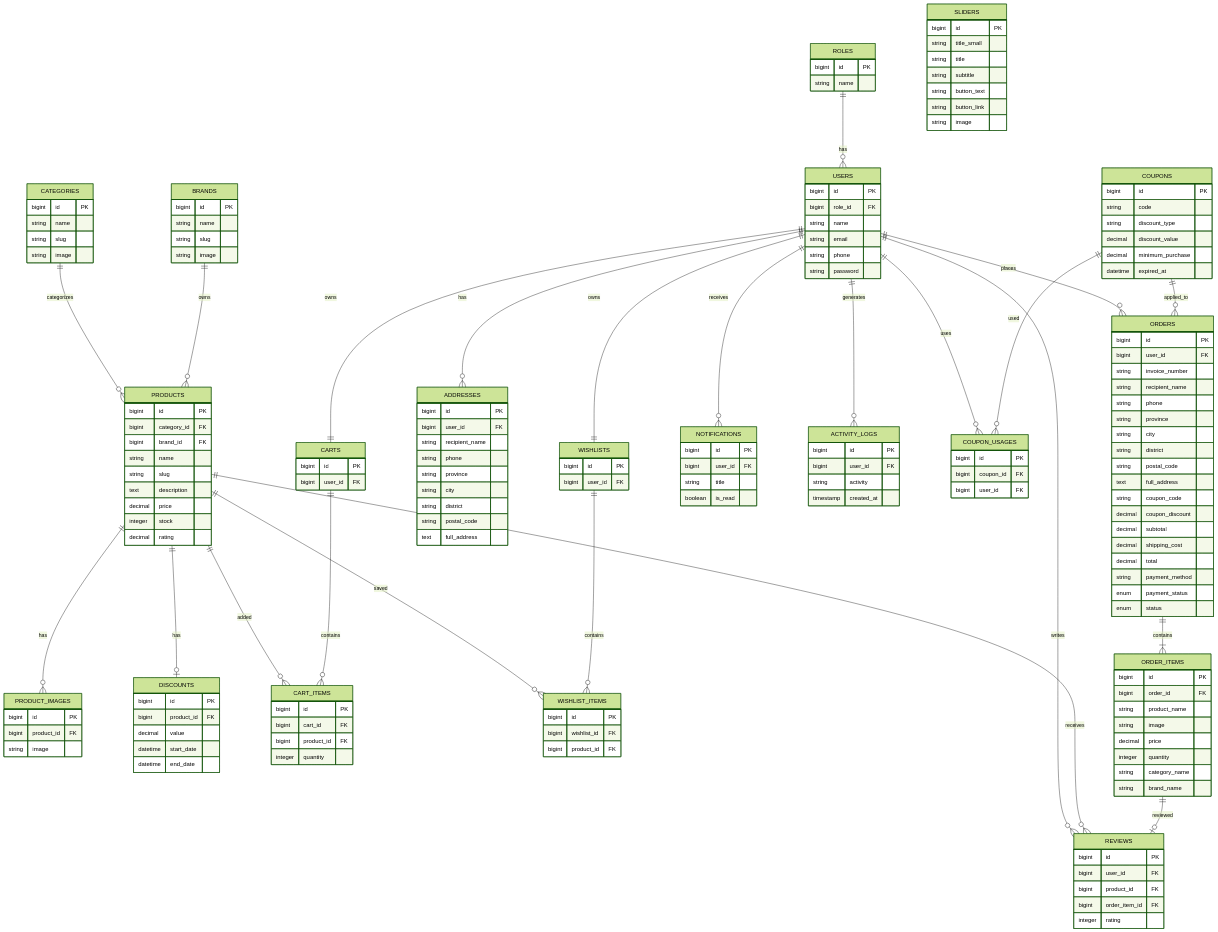
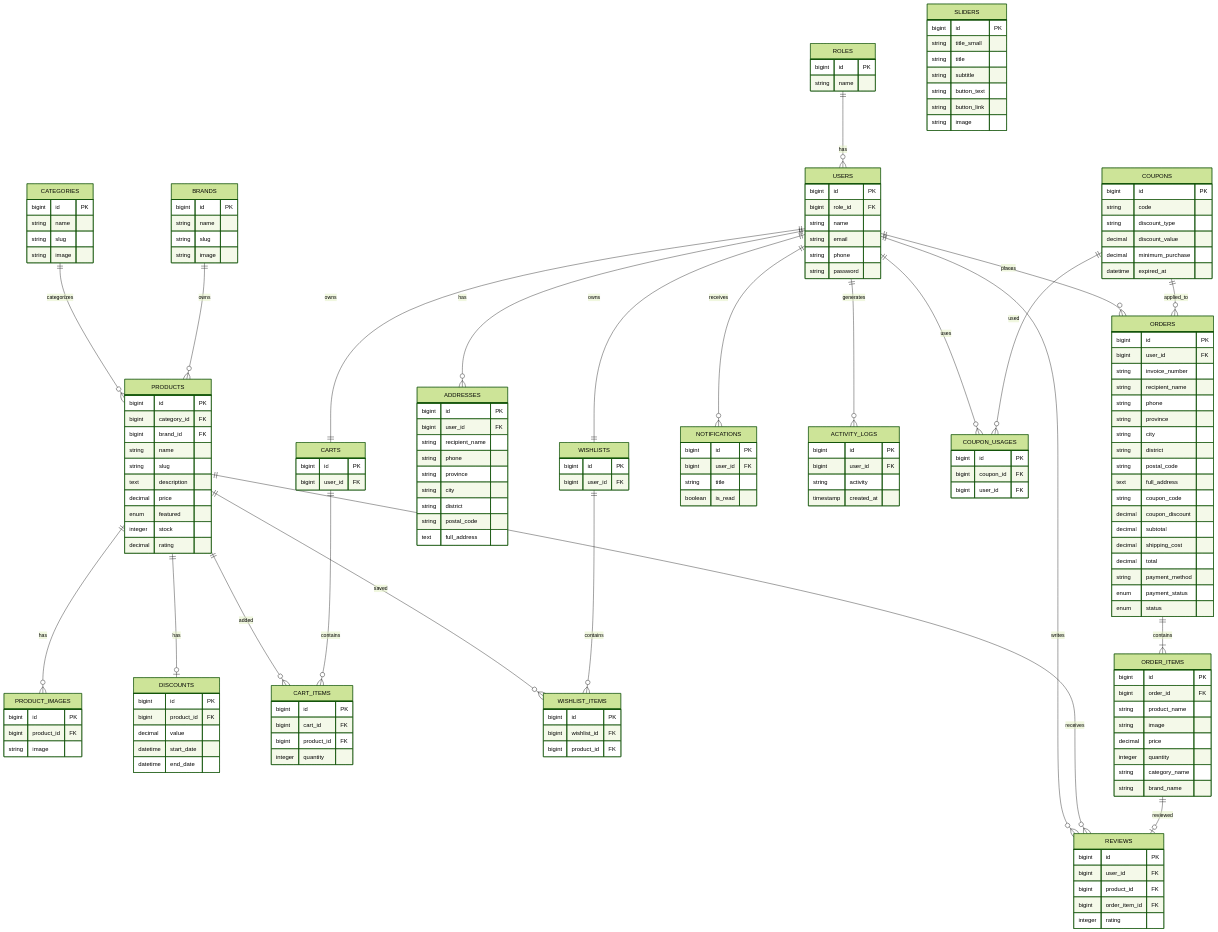
The diagram in planning/ERD.md (massiki/e-commerce-complex), drawn with Mermaid (forest theme) before and after one commit. The commit also changed 14 other files, not shown here.

```diff
--- a/planning/ERD.md
+++ b/planning/ERD.md
@@ -74,6 +74,7 @@
         string slug
         text description
         decimal price
+        enum featured
         integer stock
         decimal rating
     }
```
